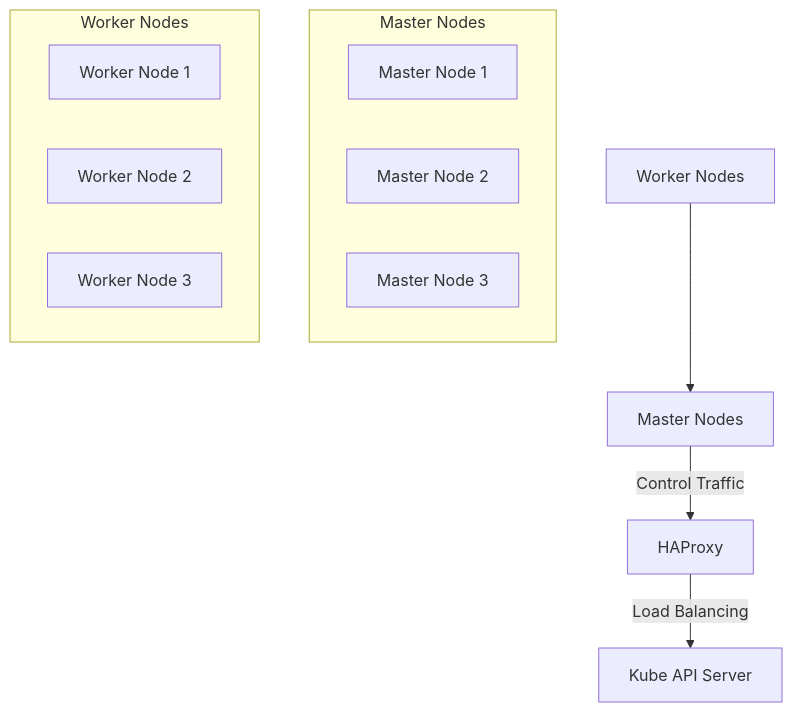
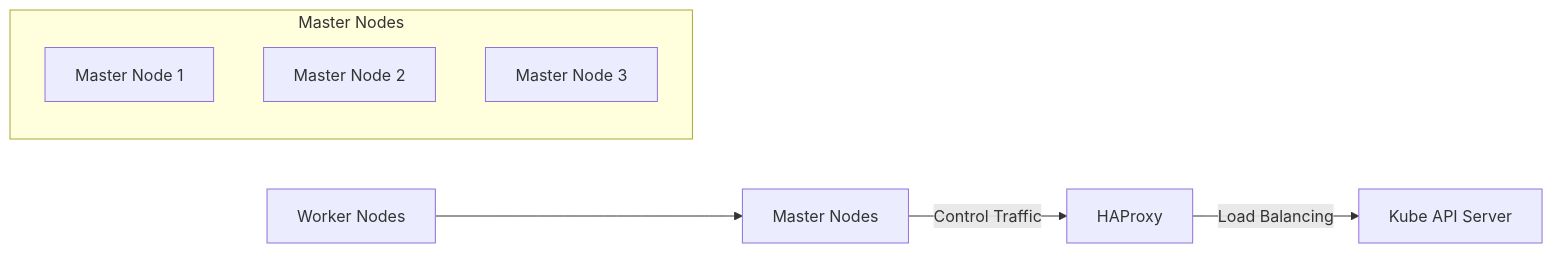
One commit to QubitSecurity/howto changed the first of 2 diagrams in rocky9/k8s/install.md. Above: the diagram before and after it, drawn with Mermaid. The commit also changed other lines of this file, not shown here.

````diff
--- a/rocky9/k8s/install.md
+++ b/rocky9/k8s/install.md
@@ -194,16 +194,12 @@
 ```mermaid
-graph TD;
+graph LR;
     A[Worker Nodes] --> B[Master Nodes];
     B -->|Control Traffic| C[HAProxy];
     C -->|Load Balancing| D[Kube API Server];
+
     subgraph Master Nodes
     B1[Master Node 1]
     B2[Master Node 2]
     B3[Master Node 3]
     end
-    subgraph Worker Nodes
-    A1[Worker Node 1]
-    A2[Worker Node 2]
-    A3[Worker Node 3]
-    end
 ```
````
